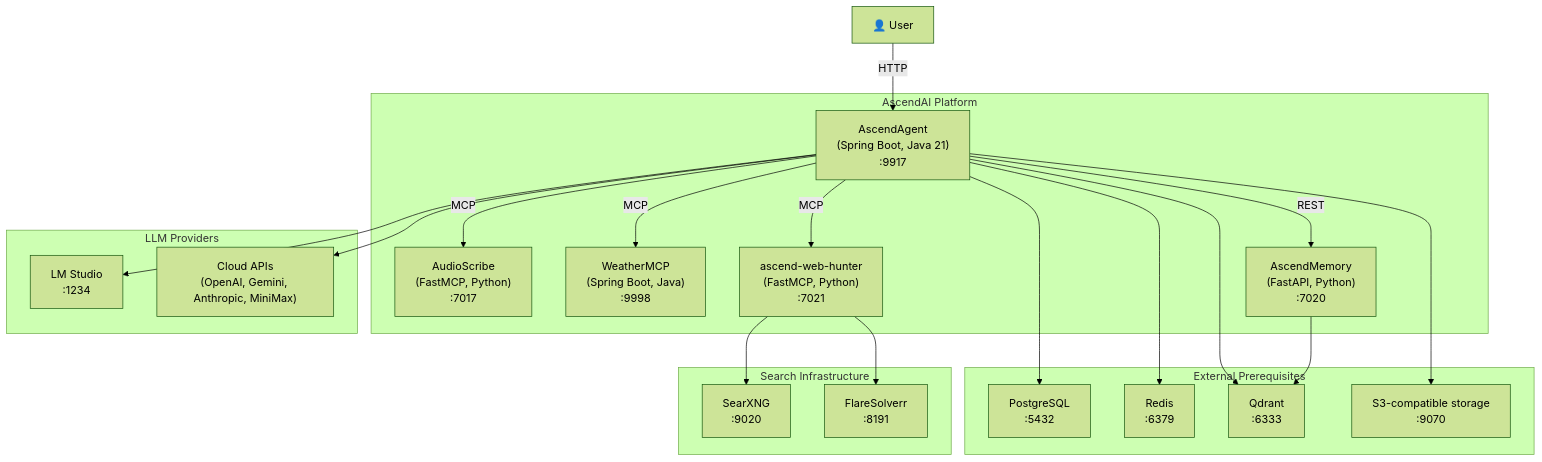
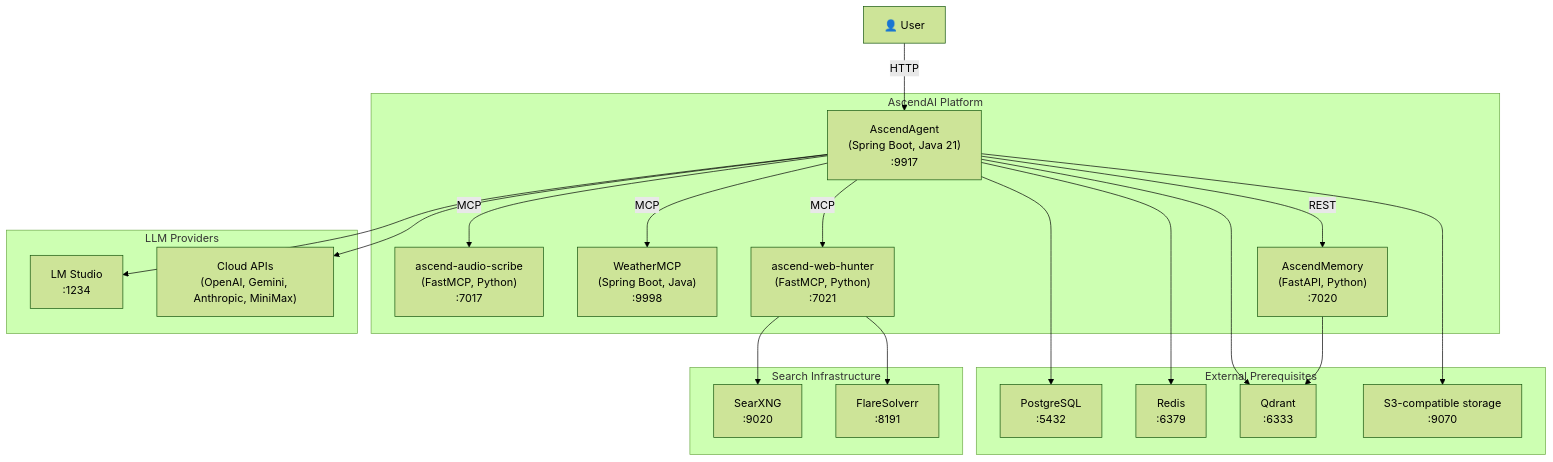
One commit to Lukk17/AscendAI changed the diagram in AscendAgent/docs/architecture/diagrams/container-diagram.md. Above: the diagram before and after it, drawn with Mermaid (forest theme). The commit also changed 218 other files, not shown here.

````diff
--- a/AscendAgent/docs/architecture/diagrams/container-diagram.md
+++ b/AscendAgent/docs/architecture/diagrams/container-diagram.md
@@ -3,44 +3,44 @@
 ```mermaid
 graph TB
     User["👤 User"]
 
     subgraph "AscendAI Platform"
         AscendAgent["AscendAgent<br/>(Spring Boot, Java 21)<br/>:9917"]
-        AudioScribe["AudioScribe<br/>(FastMCP, Python)<br/>:7017"]
+        AudioScribe["ascend-audio-scribe<br/>(FastMCP, Python)<br/>:7017"]
         Weather["WeatherMCP<br/>(Spring Boot, Java)<br/>:9998"]
         WebHunter["ascend-web-hunter<br/>(FastMCP, Python)<br/>:7021"]
         Memory["AscendMemory<br/>(FastAPI, Python)<br/>:7020"]
     end
 
     subgraph "External Prerequisites"
         Postgres["PostgreSQL<br/>:5432"]
         Redis["Redis<br/>:6379"]
         Qdrant["Qdrant<br/>:6333"]
         S3["S3-compatible storage<br/>:9070"]
     end
 
     subgraph "Search Infrastructure"
         SearXNG["SearXNG<br/>:9020"]
         FlareSolverr["FlareSolverr<br/>:8191"]
     end
 
     subgraph "LLM Providers"
         LMStudio["LM Studio<br/>:1234"]
         CloudAPIs["Cloud APIs<br/>(OpenAI, Gemini, Anthropic, MiniMax)"]
     end
 
     User -->|"HTTP"| AscendAgent
     AscendAgent -->|"MCP"| AudioScribe
     AscendAgent -->|"MCP"| Weather
     AscendAgent -->|"MCP"| WebHunter
     AscendAgent -->|"REST"| Memory
     AscendAgent --> Postgres
     AscendAgent --> Redis
     AscendAgent --> Qdrant
     AscendAgent --> S3
     AscendAgent --> LMStudio
     AscendAgent --> CloudAPIs
     WebHunter --> SearXNG
     WebHunter --> FlareSolverr
     Memory --> Qdrant
 ```
````
